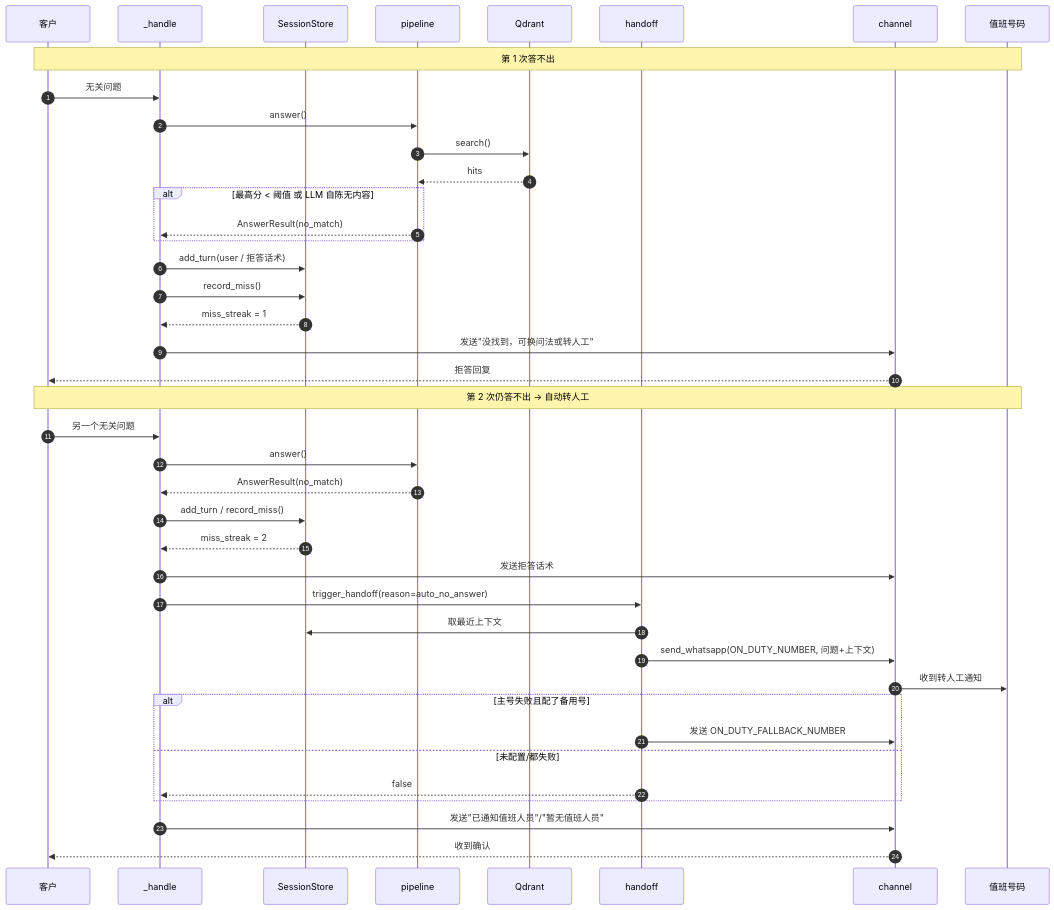
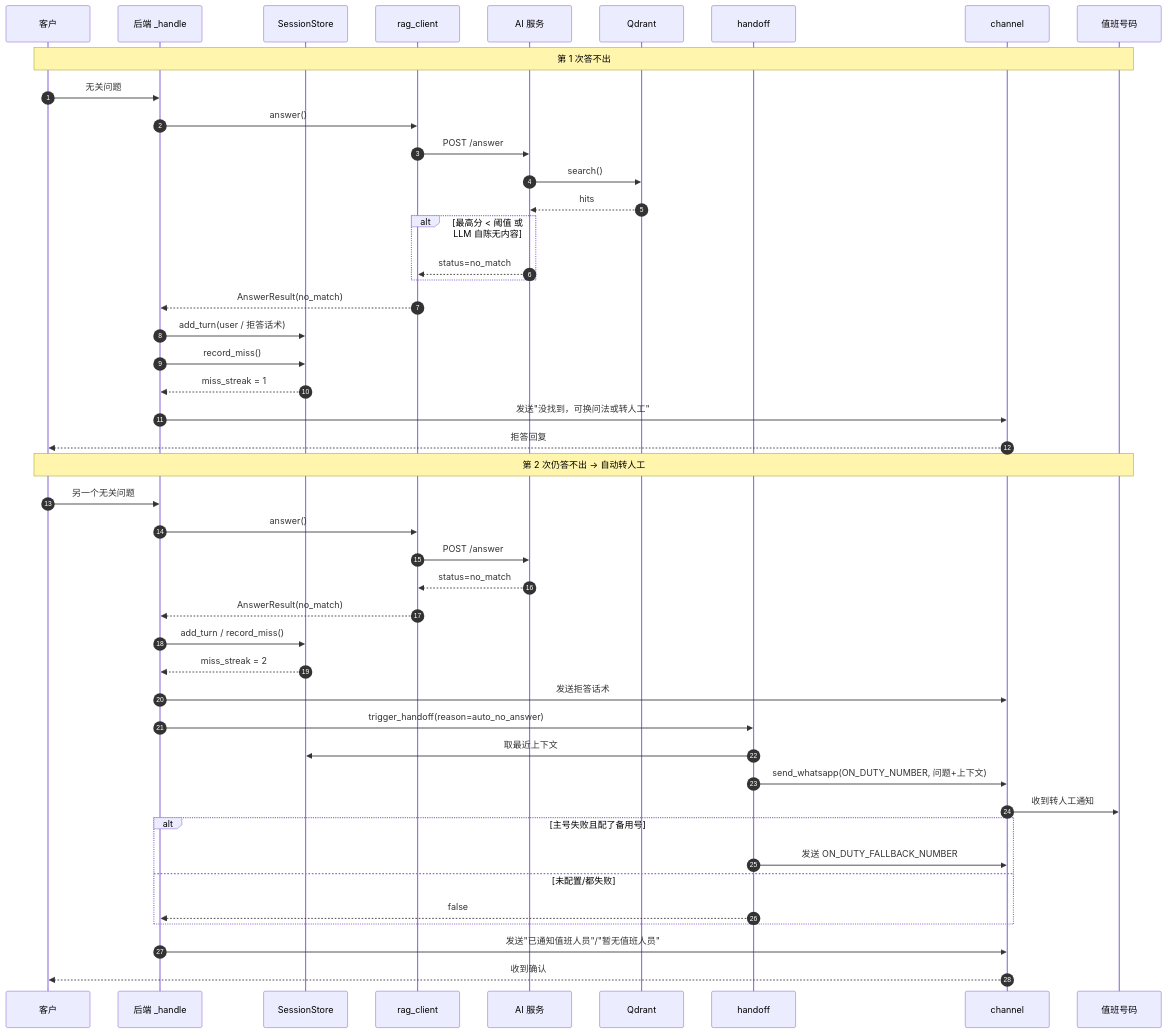
Before and after one commit to xiaozhao0309/whatsAppAgent: the second of 8 diagrams in docs/时序图.md, drawn with Mermaid. The commit also changed other lines of this file and 4 other files, not shown here.

First line of the commit message:
docs: align documentation with two-service (backend + ai_service) architecture

````diff
--- a/docs/时序图.md
+++ b/docs/时序图.md
@@ -79,45 +94,50 @@
 ```mermaid
 sequenceDiagram
     autonumber
     participant U as 客户
-    participant W as _handle
+    participant H as 后端 _handle
     participant S as SessionStore
-    participant P as pipeline
+    participant RC as rag_client
+    participant AI as AI 服务
     participant Q as Qdrant
     participant HO as handoff
     participant CH as channel
     participant D as 值班号码
 
     Note over U,D: 第 1 次答不出
-    U->>W: 无关问题
-    W->>P: answer()
-    P->>Q: search()
-    Q-->>P: hits
+    U->>H: 无关问题
+    H->>RC: answer()
+    RC->>AI: POST /answer
+    AI->>Q: search()
+    Q-->>AI: hits
     alt 最高分 < 阈值 或 LLM 自陈无内容
-        P-->>W: AnswerResult(no_match)
+        AI-->>RC: status=no_match
     end
-    W->>S: add_turn(user / 拒答话术)
-    W->>S: record_miss()
-    S-->>W: miss_streak = 1
-    W->>CH: 发送"没找到，可换问法或转人工"
+    RC-->>H: AnswerResult(no_match)
+    H->>S: add_turn(user / 拒答话术)
+    H->>S: record_miss()
+    S-->>H: miss_streak = 1
+    H->>CH: 发送"没找到，可换问法或转人工"
     CH-->>U: 拒答回复
 
     Note over U,D: 第 2 次仍答不出 → 自动转人工
-    U->>W: 另一个无关问题
-    W->>P: answer()
-    P-->>W: AnswerResult(no_match)
-    W->>S: add_turn / record_miss()
-    S-->>W: miss_streak = 2
-    W->>CH: 发送拒答话术
-    W->>HO: trigger_handoff(reason=auto_no_answer)
+    U->>H: 另一个无关问题
+    H->>RC: answer()
+    RC->>AI: POST /answer
+    AI-->>RC: status=no_match
+    RC-->>H: AnswerResult(no_match)
+    H->>S: add_turn / record_miss()
+    S-->>H: miss_streak = 2
+    H->>CH: 发送拒答话术
+    H->>HO: trigger_handoff(reason=auto_no_answer)
     HO->>S: 取最近上下文
     HO->>CH: send_whatsapp(ON_DUTY_NUMBER, 问题+上下文)
     CH->>D: 收到转人工通知
     alt 主号失败且配了备用号
         HO->>CH: 发送 ON_DUTY_FALLBACK_NUMBER
     else 未配置/都失败
-        HO-->>W: false
+        HO-->>H: false
     end
-    W->>CH: 发送"已通知值班人员"/"暂无值班人员"
+    H->>CH: 发送"已通知值班人员"/"暂无值班人员"
     CH-->>U: 收到确认
 ```
````
